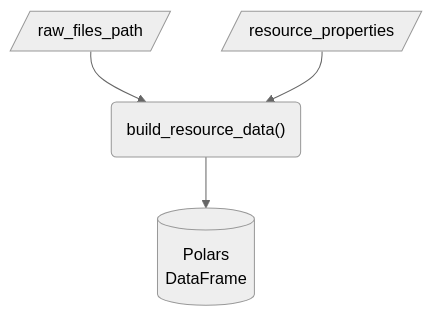
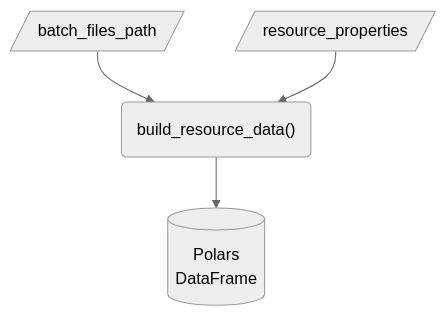
One commit to signekb/seedcase-sprout changed the seventh of 11 diagrams in docs/design/interface/functions.qmd. Above: the diagram before and after it, drawn with Mermaid (neutral theme). The commit also changed other lines of this file and 5 other files, not shown here.

First line of the commit message:
docs: :memo: revise from `raw` to `batch` in design docs (#1142)

````diff
--- a/docs/design/interface/functions.qmd
+++ b/docs/design/interface/functions.qmd
@@ -167,10 +167,10 @@
 ```{mermaid}
 flowchart
-    in_raw_files_path[/raw_files_path/]
+    in_batch_files_path[/batch_files_path/]
     in_properties[/resource_properties/]
     function("build_resource_data()")
     out[("Polars<br>DataFrame")]
-    in_raw_files_path --> function
+    in_batch_files_path --> function
     in_properties --> function
     function --> out
 ```
````
